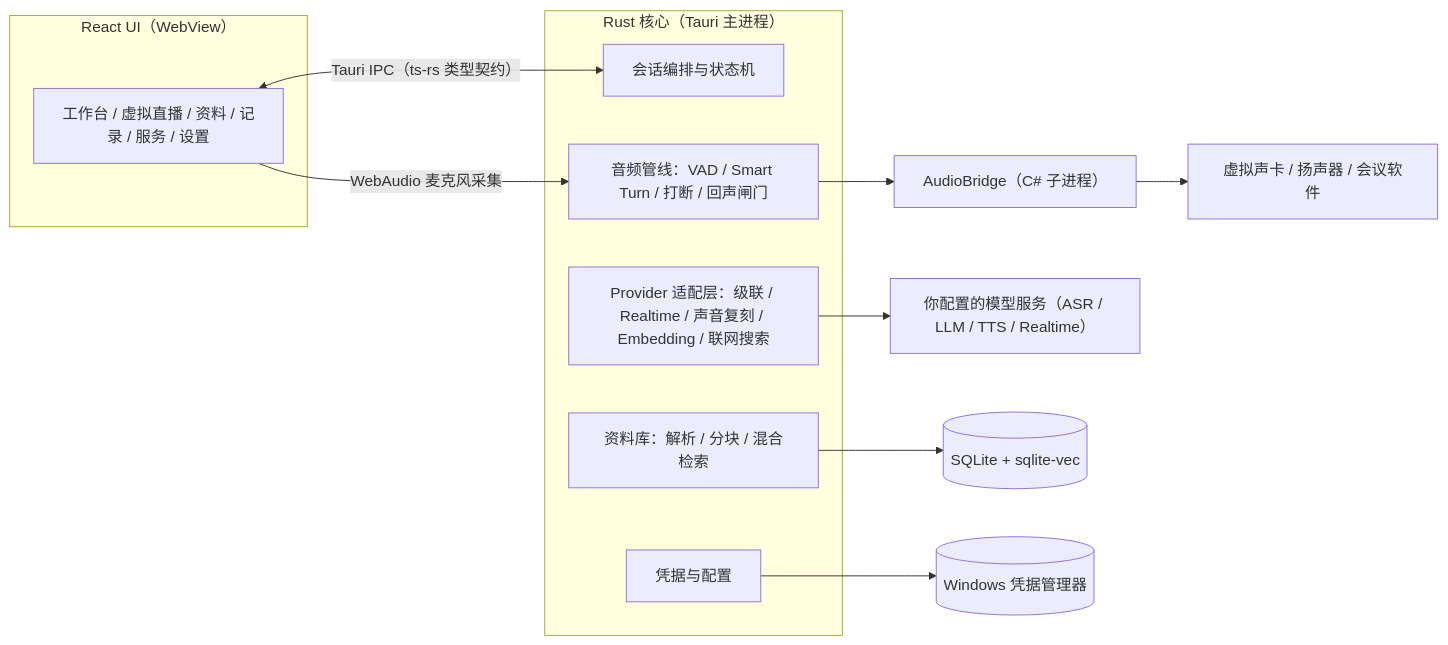
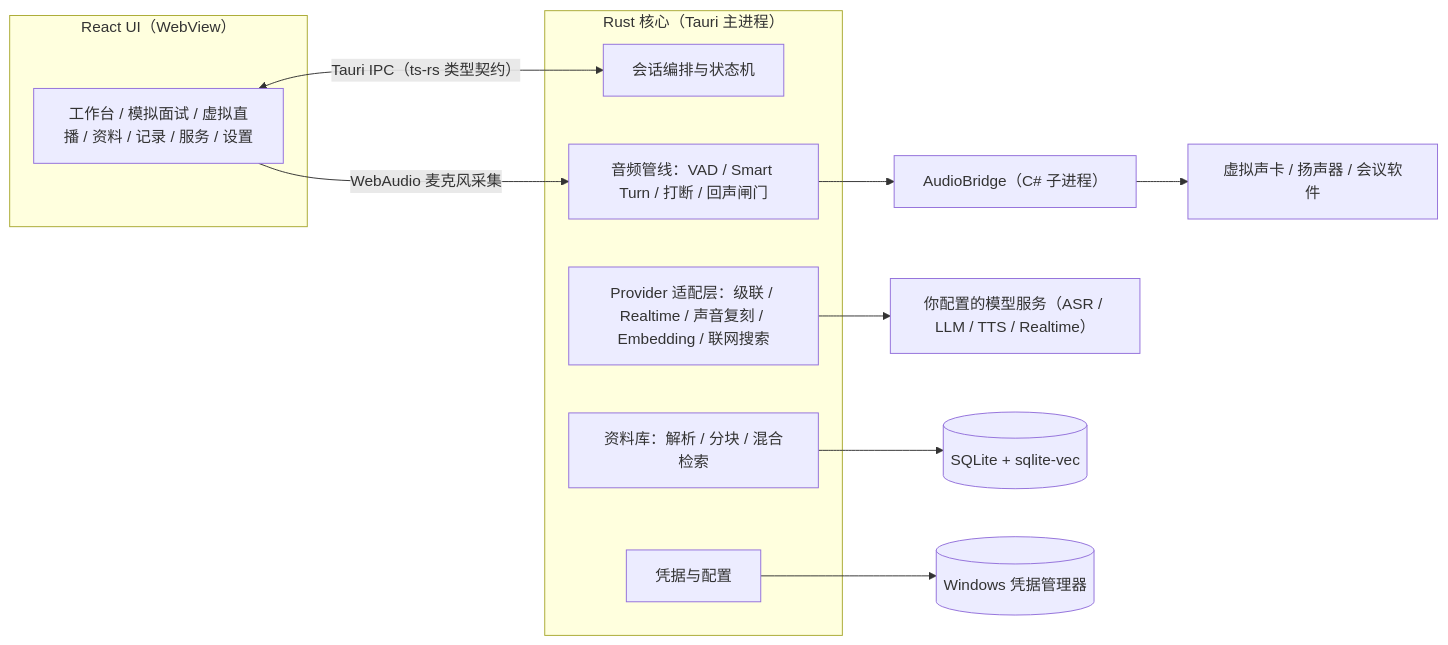
The diagram in README.md (NotIntoSports/RoleAI), drawn with Mermaid before and after one commit. The commit also changed other lines of this file and 3 other files, not shown here.

Commit message:
docs(readme): 同步波次 2 能力与最新截图

````diff
--- a/README.md
+++ b/README.md
@@ -85,20 +119,20 @@
 ```mermaid
 flowchart LR
     subgraph UI["React UI（WebView）"]
-        P["工作台 / 虚拟直播 / 资料 / 记录 / 服务 / 设置"]
+        P["工作台 / 模拟面试 / 虚拟直播 / 资料 / 记录 / 服务 / 设置"]
     end
     P <-->|"Tauri IPC（ts-rs 类型契约）"| C
     subgraph Core["Rust 核心（Tauri 主进程）"]
         C["会话编排与状态机"]
         A["音频管线：VAD / Smart Turn / 打断 / 回声闸门"]
         PV["Provider 适配层：级联 / Realtime / 声音复刻 / Embedding / 联网搜索"]
         M["资料库：解析 / 分块 / 混合检索"]
         S["凭据与配置"]
     end
     A --> AB["AudioBridge（C# 子进程）"]
     P -->|"WebAudio 麦克风采集"| A
     AB --> DEV["虚拟声卡 / 扬声器 / 会议软件"]
     PV --> API["你配置的模型服务（ASR / LLM / TTS / Realtime）"]
     M --> DB[("SQLite + sqlite-vec")]
     S --> CM[("Windows 凭据管理器")]
 ```
````
